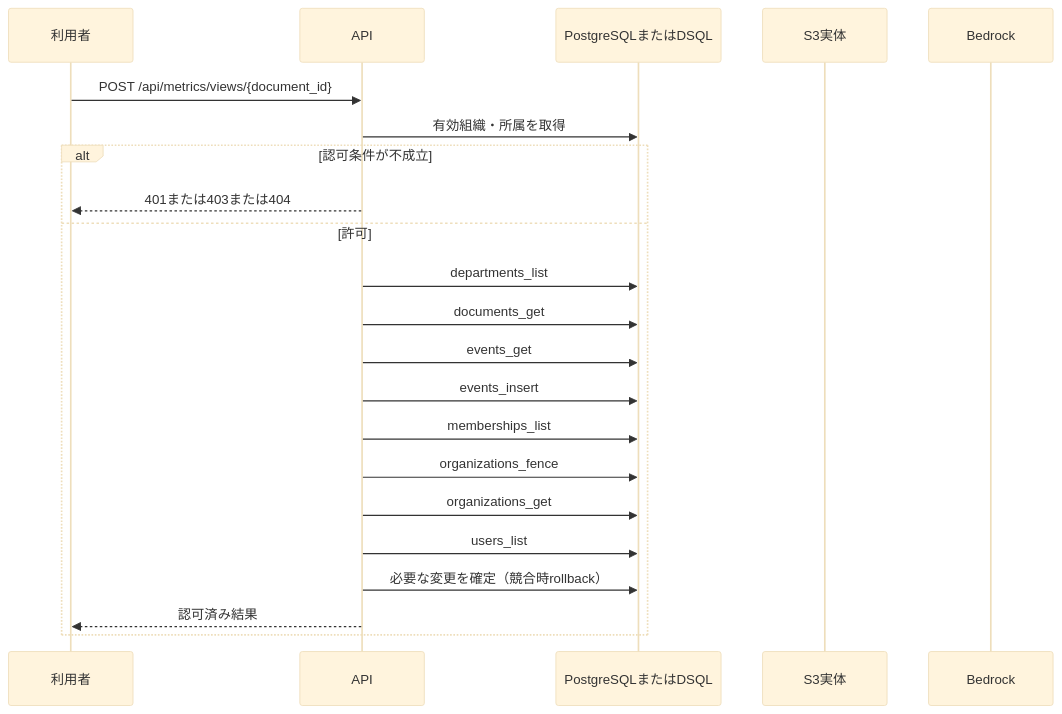
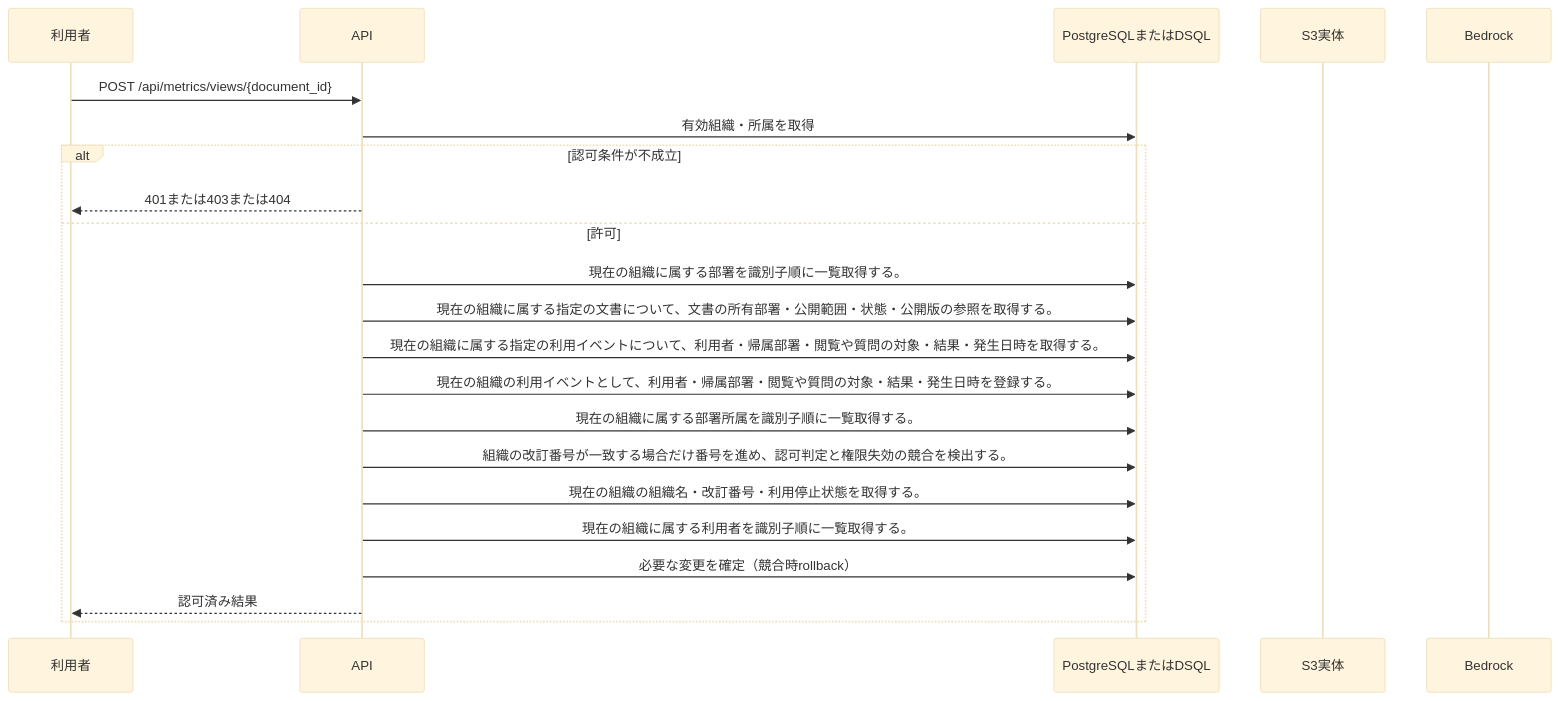
The diagram in docs/design/generated/api/metrics/record_view/sequence.md (tsuji-tomonori/KotoRelay), drawn with Mermaid (base theme) before and after one commit. The commit also changed other lines of this file and 286 other files, not shown here.

````diff
--- a/docs/design/generated/api/metrics/record_view/sequence.md
+++ b/docs/design/generated/api/metrics/record_view/sequence.md
@@ -7,24 +7,24 @@
 ```mermaid
 sequenceDiagram
     participant U as 利用者
     participant A as API
     participant D as PostgreSQLまたはDSQL
     participant S as S3実体
     participant M as Bedrock
     U->>A: POST /api/metrics/views/{document_id}
     A->>D: 有効組織・所属を取得
     alt 認可条件が不成立
         A-->>U: 401または403または404
     else 許可
-        A->>D: departments_list
-        A->>D: documents_get
-        A->>D: events_get
-        A->>D: events_insert
-        A->>D: memberships_list
-        A->>D: organizations_fence
-        A->>D: organizations_get
-        A->>D: users_list
+        A->>D: 現在の組織に属する部署を識別子順に一覧取得する。
+        A->>D: 現在の組織に属する指定の文書について、文書の所有部署・公開範囲・状態・公開版の参照を取得する。
+        A->>D: 現在の組織に属する指定の利用イベントについて、利用者・帰属部署・閲覧や質問の対象・結果・発生日時を取得する。
+        A->>D: 現在の組織の利用イベントとして、利用者・帰属部署・閲覧や質問の対象・結果・発生日時を登録する。
+        A->>D: 現在の組織に属する部署所属を識別子順に一覧取得する。
+        A->>D: 組織の改訂番号が一致する場合だけ番号を進め、認可判定と権限失効の競合を検出する。
+        A->>D: 現在の組織の組織名・改訂番号・利用停止状態を取得する。
+        A->>D: 現在の組織に属する利用者を識別子順に一覧取得する。
         A->>D: 必要な変更を確定（競合時rollback）
         A-->>U: 認可済み結果
     end
 ```
````
